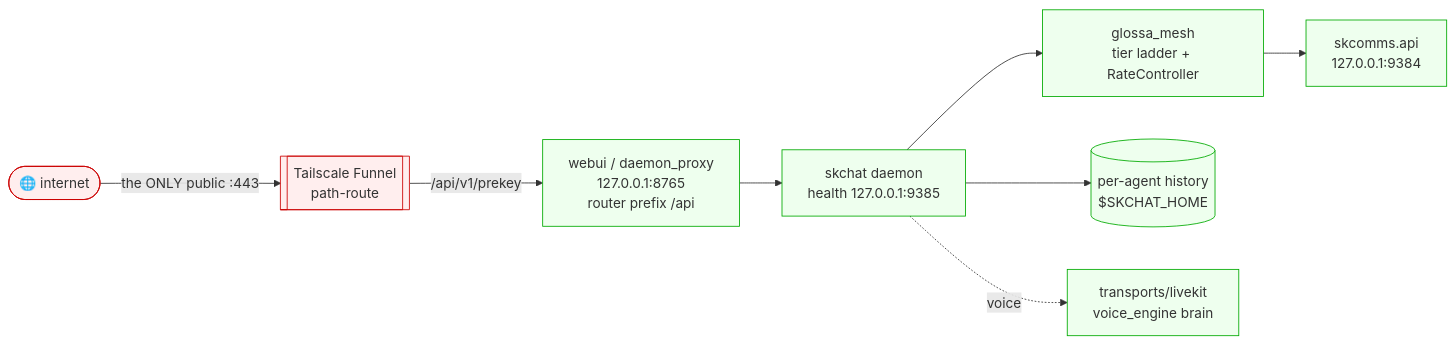
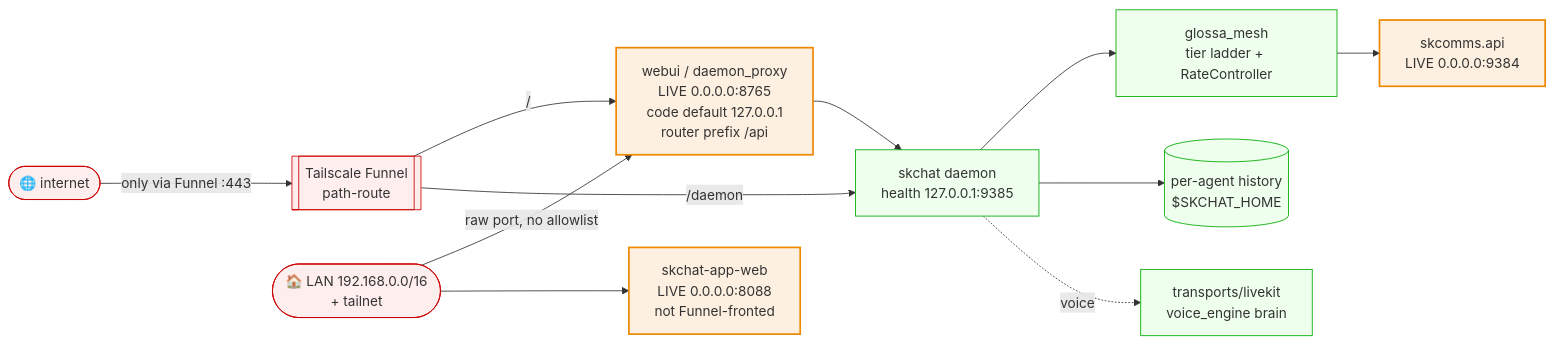
One commit to smilinTux/skchat changed the diagram in SOP.md. Above: the diagram before and after it, drawn with Mermaid. The commit also changed other lines of this file and 4 other files, not shown here.

````diff
--- a/SOP.md
+++ b/SOP.md
@@ -46,14 +46,19 @@
 ```mermaid
 flowchart LR
-    NET([🌐 internet]) -->|"the ONLY public :443"| FUNNEL[["Tailscale Funnel<br/>path-route"]]
-    FUNNEL -->|"/api/v1/prekey"| WEBUI[webui / daemon_proxy<br/>127.0.0.1:8765<br/>router prefix /api]
+    NET([🌐 internet]) -->|"only via Funnel :443"| FUNNEL[["Tailscale Funnel<br/>path-route"]]
+    LAN([🏠 LAN 192.168.0.0/16<br/>+ tailnet]) -->|"raw port, no allowlist"| WEBUI
+    FUNNEL -->|"/"| WEBUI[webui / daemon_proxy<br/>LIVE 0.0.0.0:8765<br/>code default 127.0.0.1<br/>router prefix /api]
+    FUNNEL -->|"/daemon"| DAEMON
+    LAN --> APPWEB[skchat-app-web<br/>LIVE 0.0.0.0:8088<br/>not Funnel-fronted]
     WEBUI --> DAEMON[skchat daemon<br/>health 127.0.0.1:9385]
     DAEMON --> GLOSSA[glossa_mesh<br/>tier ladder + RateController]
-    GLOSSA --> SKCOMMS[skcomms.api<br/>127.0.0.1:9384]
+    GLOSSA --> SKCOMMS[skcomms.api<br/>LIVE 0.0.0.0:9384]
     DAEMON --> HIST[("per-agent history<br/>$SKCHAT_HOME")]
     DAEMON -.voice.-> LK[transports/livekit<br/>voice_engine brain]
     classDef pub fill:#fee,stroke:#c00;
+    classDef drift fill:#fef0e0,stroke:#e80,stroke-width:2px;
     classDef priv fill:#efe,stroke:#0a0;
-    class NET,FUNNEL pub
-    class WEBUI,DAEMON,GLOSSA,SKCOMMS,HIST,LK priv
+    class NET,FUNNEL,LAN pub
+    class WEBUI,APPWEB,SKCOMMS drift
+    class DAEMON,GLOSSA,HIST,LK priv
 ```
````
